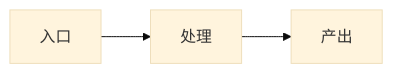
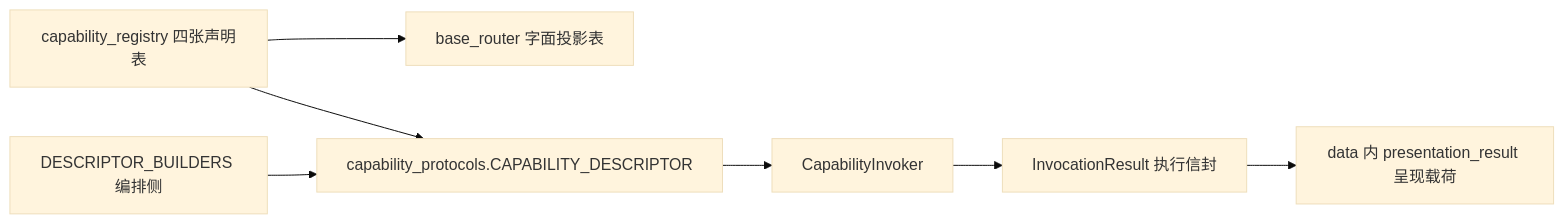
One commit to LancyCelestia/WuWa-Character-Bots changed the diagram in docs/boards/B02-routing-dispatch/capability-registry/README.md. Above: the diagram before and after it, drawn with Mermaid (base theme). The commit also changed other lines of this file and 284 other files, not shown here.

````diff
--- a/docs/boards/B02-routing-dispatch/capability-registry/README.md
+++ b/docs/boards/B02-routing-dispatch/capability-registry/README.md
@@ -29,4 +33,9 @@
 ```mermaid
 flowchart LR
-  in[入口] --> core[处理] --> out[产出]
+  decl[capability_registry 四张声明表] --> proj[base_router 字面投影表]
+  decl --> desc[capability_protocols.CAPABILITY_DESCRIPTOR]
+  build[DESCRIPTOR_BUILDERS 编排侧] --> desc
+  desc --> invoker[CapabilityInvoker]
+  invoker --> env[InvocationResult 执行信封]
+  env --> pres[data 内 presentation_result 呈现载荷]
 ```
````
